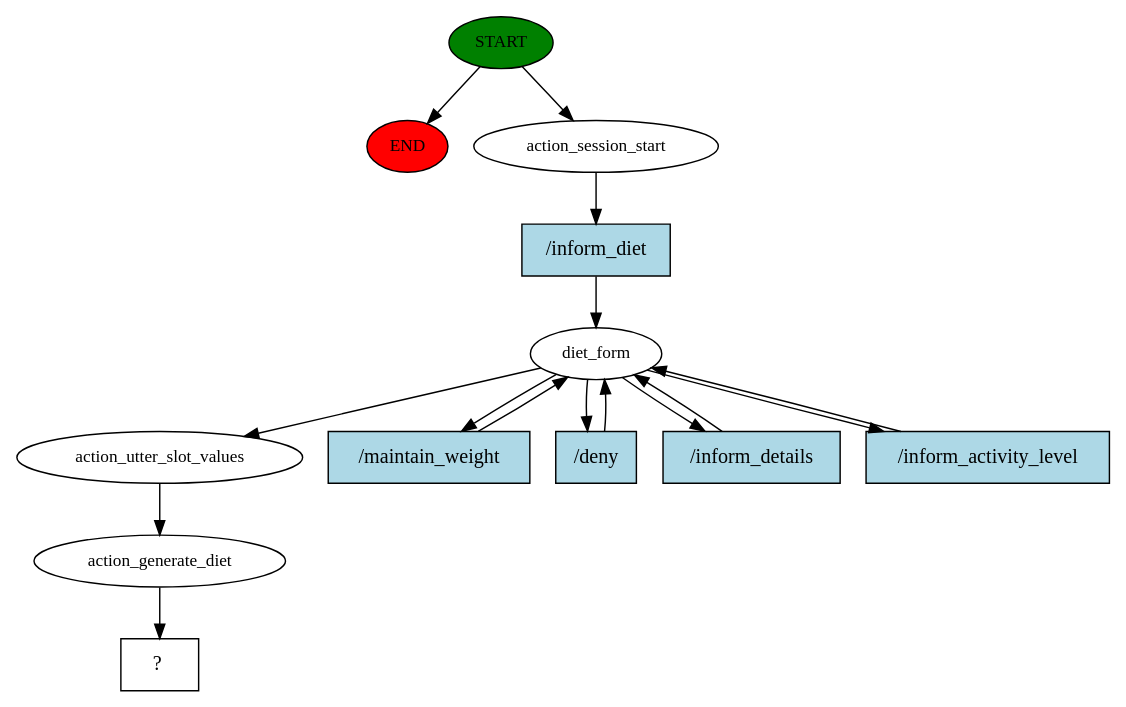
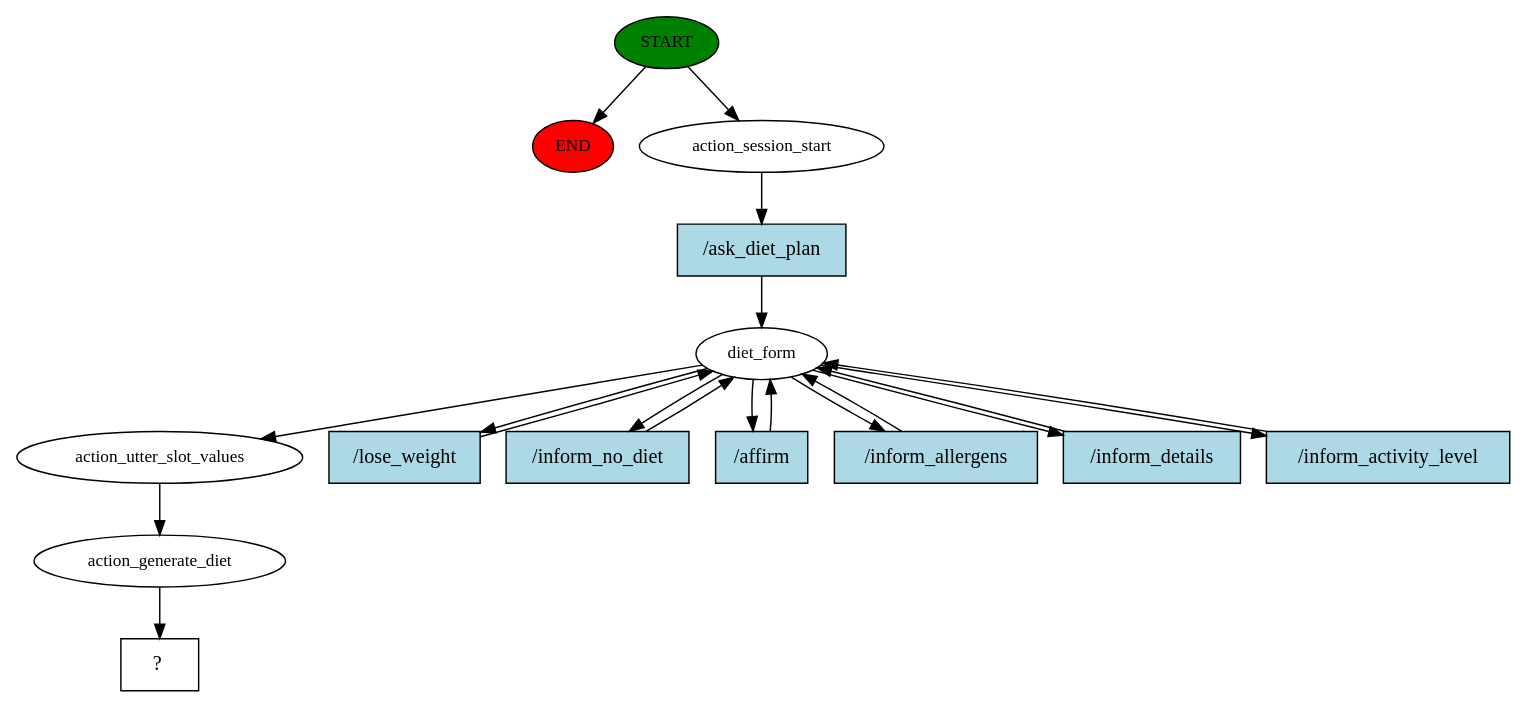
Before and after one commit to v-rowjee/Chatbot-Engine: the diagram in story_graph.dot, drawn with Graphviz. The commit also changed 2 other files, not shown here.

```diff
--- a/story_graph.dot
+++ b/story_graph.dot
@@ -1,29 +1,35 @@
 digraph  {
 0 [class="start active", fillcolor=green, fontsize=12, label=START, style=filled];
 "-1" [class=end, fillcolor=red, fontsize=12, label=END, style=filled];
 1 [class=active, fontsize=12, label=action_session_start];
 2 [class=active, fontsize=12, label=diet_form];
-7 [class=active, fontsize=12, label=action_utter_slot_values];
-8 [class=active, fontsize=12, label=action_generate_diet];
-9 [class="intent dashed active", label="  ?  ", shape=rect];
-10 [class="intent active", fillcolor=lightblue, label="/inform_diet", shape=rect, style=filled];
-11 [class="intent active", fillcolor=lightblue, label="/maintain_weight", shape=rect, style=filled];
-12 [class="intent active", fillcolor=lightblue, label="/deny", shape=rect, style=filled];
-13 [class="intent active", fillcolor=lightblue, label="/inform_details", shape=rect, style=filled];
-14 [class="intent active", fillcolor=lightblue, label="/inform_activity_level", shape=rect, style=filled];
+9 [class=active, fontsize=12, label=action_utter_slot_values];
+10 [class=active, fontsize=12, label=action_generate_diet];
+11 [class="intent dashed active", label="  ?  ", shape=rect];
+12 [class="intent active", fillcolor=lightblue, label="/ask_diet_plan", shape=rect, style=filled];
+13 [class="intent active", fillcolor=lightblue, label="/lose_weight", shape=rect, style=filled];
+14 [class="intent active", fillcolor=lightblue, label="/inform_no_diet", shape=rect, style=filled];
+15 [class="intent active", fillcolor=lightblue, label="/affirm", shape=rect, style=filled];
+16 [class="intent active", fillcolor=lightblue, label="/inform_allergens", shape=rect, style=filled];
+17 [class="intent active", fillcolor=lightblue, label="/inform_details", shape=rect, style=filled];
+18 [class="intent active", fillcolor=lightblue, label="/inform_activity_level", shape=rect, style=filled];
 0 -> "-1"  [class="", key=NONE, label=""];
 0 -> 1  [class=active, key=NONE, label=""];
-1 -> 10  [class=active, key=0];
-2 -> 7  [class=active, key=NONE, label=""];
-2 -> 11  [class=active, key=0];
-2 -> 12  [class=active, key=0];
+1 -> 12  [class=active, key=0];
+2 -> 9  [class=active, key=NONE, label=""];
 2 -> 13  [class=active, key=0];
 2 -> 14  [class=active, key=0];
-7 -> 8  [class=active, key=NONE, label=""];
-8 -> 9  [class=active, key=NONE, label=""];
-10 -> 2  [class=active, key=0];
-11 -> 2  [class=active, key=0];
+2 -> 15  [class=active, key=0];
+2 -> 16  [class=active, key=0];
+2 -> 17  [class=active, key=0];
+2 -> 18  [class=active, key=0];
+9 -> 10  [class=active, key=NONE, label=""];
+10 -> 11  [class=active, key=NONE, label=""];
 12 -> 2  [class=active, key=0];
 13 -> 2  [class=active, key=0];
 14 -> 2  [class=active, key=0];
+15 -> 2  [class=active, key=0];
+16 -> 2  [class=active, key=0];
+17 -> 2  [class=active, key=0];
+18 -> 2  [class=active, key=0];
 }
```
